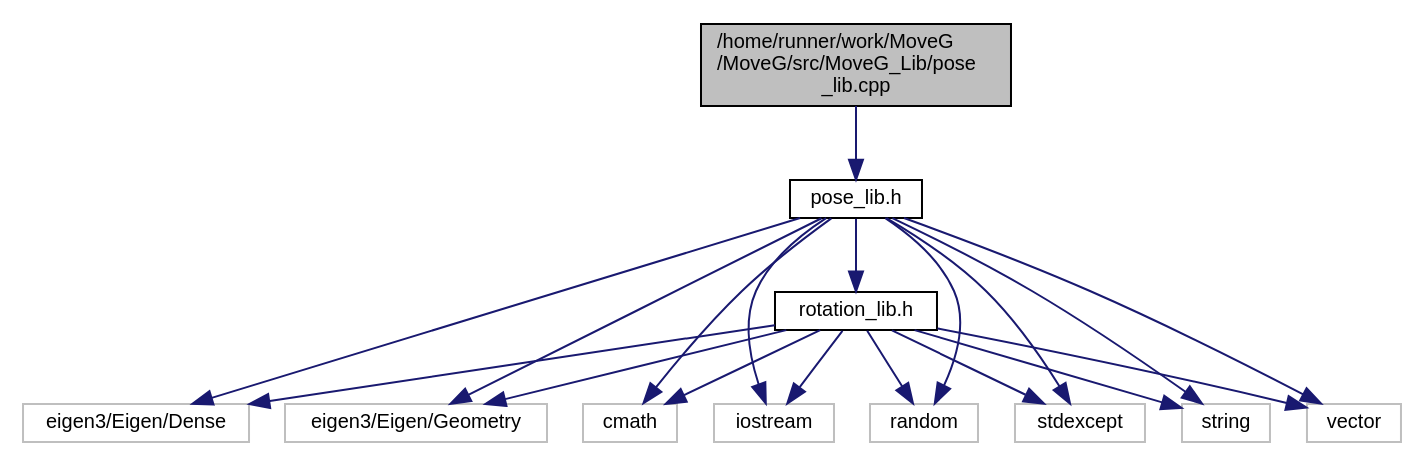
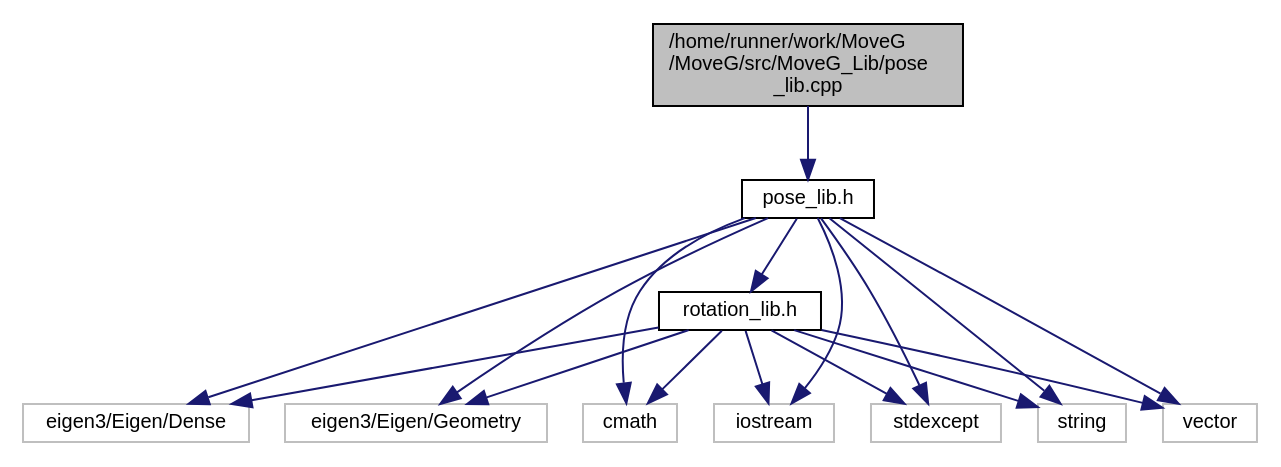
The diagram in pose__lib_8cpp__incl.dot (GiorgioMedico/MoveG), drawn with Graphviz before and after one commit. The commit also changed 46 other files, not shown here.

```diff
--- a/pose__lib_8cpp__incl.dot
+++ b/pose__lib_8cpp__incl.dot
@@ -1,35 +1,32 @@
 digraph "/home/runner/work/MoveG/MoveG/src/MoveG_Lib/pose_lib.cpp"
 {
  // LATEX_PDF_SIZE
   edge [fontname="Helvetica",fontsize="10",labelfontname="Helvetica",labelfontsize="10"];
   node [fontname="Helvetica",fontsize="10",shape=record];
   Node1 [label="/home/runner/work/MoveG\l/MoveG/src/MoveG_Lib/pose\l_lib.cpp",height=0.2,width=0.4,color="black", fillcolor="grey75", style="filled", fontcolor="black",tooltip="Classe per la rappresentazione di Pose."];
   Node1 -> Node2 [color="midnightblue",fontsize="10",style="solid",fontname="Helvetica"];
   Node2 [label="pose_lib.h",height=0.2,width=0.4,color="black", fillcolor="white", style="filled",URL="$pose__lib_8h.html",tooltip="Classe per la rappresentazione di Pose."];
   Node2 -> Node3 [color="midnightblue",fontsize="10",style="solid",fontname="Helvetica"];
   Node3 [label="eigen3/Eigen/Dense",height=0.2,width=0.4,color="grey75", fillcolor="white", style="filled",tooltip=" "];
   Node2 -> Node4 [color="midnightblue",fontsize="10",style="solid",fontname="Helvetica"];
   Node4 [label="eigen3/Eigen/Geometry",height=0.2,width=0.4,color="grey75", fillcolor="white", style="filled",tooltip=" "];
   Node2 -> Node5 [color="midnightblue",fontsize="10",style="solid",fontname="Helvetica"];
   Node5 [label="cmath",height=0.2,width=0.4,color="grey75", fillcolor="white", style="filled",tooltip=" "];
   Node2 -> Node6 [color="midnightblue",fontsize="10",style="solid",fontname="Helvetica"];
   Node6 [label="iostream",height=0.2,width=0.4,color="grey75", fillcolor="white", style="filled",tooltip=" "];
   Node2 -> Node7 [color="midnightblue",fontsize="10",style="solid",fontname="Helvetica"];
-  Node7 [label="random",height=0.2,width=0.4,color="grey75", fillcolor="white", style="filled",tooltip=" "];
+  Node7 [label="stdexcept",height=0.2,width=0.4,color="grey75", fillcolor="white", style="filled",tooltip=" "];
   Node2 -> Node8 [color="midnightblue",fontsize="10",style="solid",fontname="Helvetica"];
-  Node8 [label="stdexcept",height=0.2,width=0.4,color="grey75", fillcolor="white", style="filled",tooltip=" "];
+  Node8 [label="string",height=0.2,width=0.4,color="grey75", fillcolor="white", style="filled",tooltip=" "];
   Node2 -> Node9 [color="midnightblue",fontsize="10",style="solid",fontname="Helvetica"];
-  Node9 [label="string",height=0.2,width=0.4,color="grey75", fillcolor="white", style="filled",tooltip=" "];
+  Node9 [label="vector",height=0.2,width=0.4,color="grey75", fillcolor="white", style="filled",tooltip=" "];
   Node2 -> Node10 [color="midnightblue",fontsize="10",style="solid",fontname="Helvetica"];
-  Node10 [label="vector",height=0.2,width=0.4,color="grey75", fillcolor="white", style="filled",tooltip=" "];
-  Node2 -> Node11 [color="midnightblue",fontsize="10",style="solid",fontname="Helvetica"];
-  Node11 [label="rotation_lib.h",height=0.2,width=0.4,color="black", fillcolor="white", style="filled",URL="$rotation__lib_8h.html",tooltip="Classe per la rappresentazione e manipolazione di rotazioni in 3D."];
-  Node11 -> Node3 [color="midnightblue",fontsize="10",style="solid",fontname="Helvetica"];
-  Node11 -> Node4 [color="midnightblue",fontsize="10",style="solid",fontname="Helvetica"];
-  Node11 -> Node5 [color="midnightblue",fontsize="10",style="solid",fontname="Helvetica"];
-  Node11 -> Node6 [color="midnightblue",fontsize="10",style="solid",fontname="Helvetica"];
-  Node11 -> Node7 [color="midnightblue",fontsize="10",style="solid",fontname="Helvetica"];
-  Node11 -> Node8 [color="midnightblue",fontsize="10",style="solid",fontname="Helvetica"];
-  Node11 -> Node9 [color="midnightblue",fontsize="10",style="solid",fontname="Helvetica"];
-  Node11 -> Node10 [color="midnightblue",fontsize="10",style="solid",fontname="Helvetica"];
+  Node10 [label="rotation_lib.h",height=0.2,width=0.4,color="black", fillcolor="white", style="filled",URL="$rotation__lib_8h.html",tooltip="Classe per la rappresentazione e manipolazione di rotazioni in 3D."];
+  Node10 -> Node3 [color="midnightblue",fontsize="10",style="solid",fontname="Helvetica"];
+  Node10 -> Node4 [color="midnightblue",fontsize="10",style="solid",fontname="Helvetica"];
+  Node10 -> Node5 [color="midnightblue",fontsize="10",style="solid",fontname="Helvetica"];
+  Node10 -> Node6 [color="midnightblue",fontsize="10",style="solid",fontname="Helvetica"];
+  Node10 -> Node7 [color="midnightblue",fontsize="10",style="solid",fontname="Helvetica"];
+  Node10 -> Node8 [color="midnightblue",fontsize="10",style="solid",fontname="Helvetica"];
+  Node10 -> Node9 [color="midnightblue",fontsize="10",style="solid",fontname="Helvetica"];
 }
```
